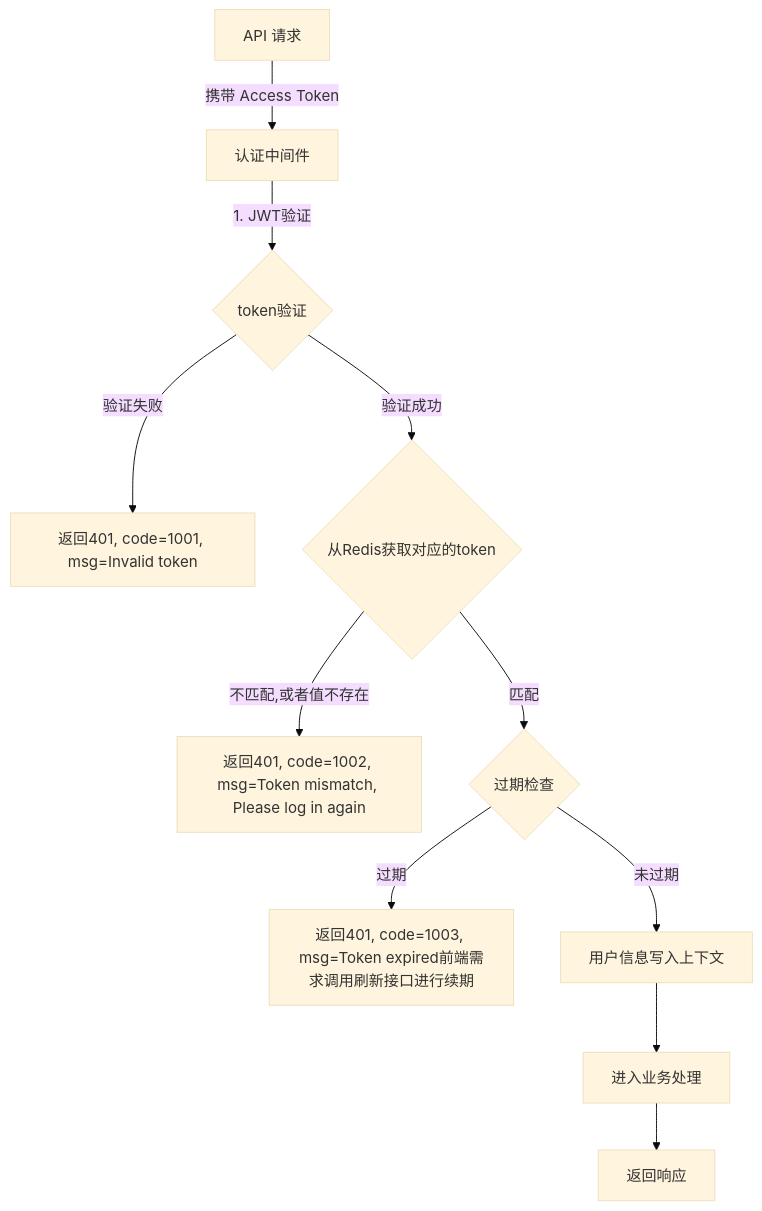
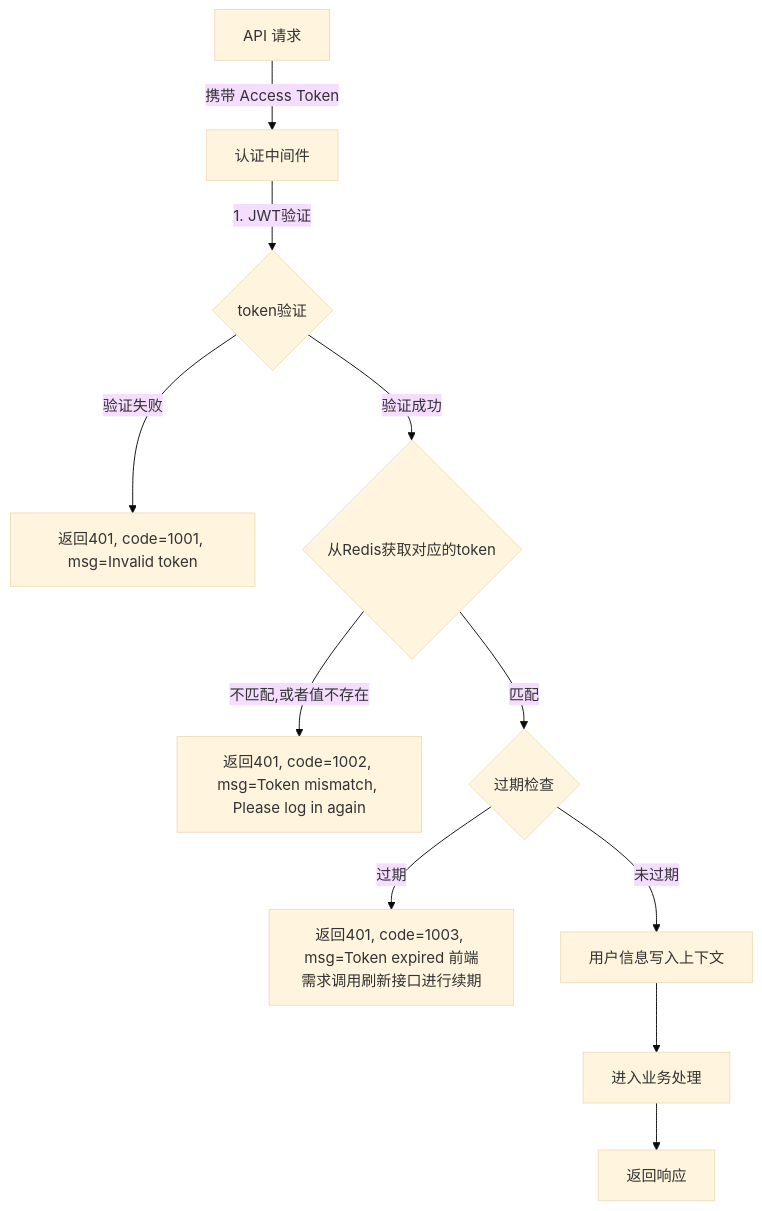
One commit to yingjianzh/iodraw-files changed the diagram in all/未命名-16.md. Above: the diagram before and after it, drawn with Mermaid (base theme).

Commit message:
2025-01-08 14:59:01 update

````diff
--- a/all/未命名-16.md
+++ b/all/未命名-16.md
@@ -1,17 +1,17 @@
 ```mermaid
 
 flowchart TD
     A[API 请求] -->|携带 Access Token| B[认证中间件]
     B -->|1. JWT验证| C{token验证}
     C -->|验证失败| D[返回401, code=1001, msg=Invalid token]
     C -->|验证成功| I{从Redis获取对应的token}
     
     I -->|不匹配,或者值不存在| J[返回401, code=1002, msg=Token mismatch, Please log in again]
     I -->|匹配| F{过期检查}
     
-    F -->|过期| E[返回401, code=1003, msg=Token expired前端需求调用刷新接口进行续期]
+    F -->|过期| E[返回401, code=1003, msg=Token expired 前端需求调用刷新接口进行续期]
     F -->|未过期| K[用户信息写入上下文]
     K --> L[进入业务处理]
     L --> N[返回响应]
 
 ```
````
